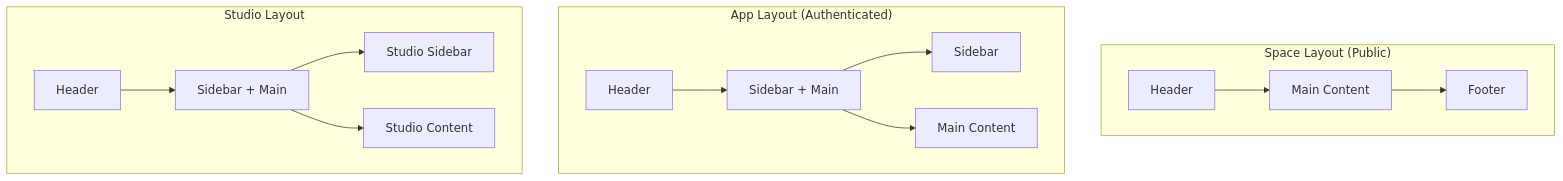
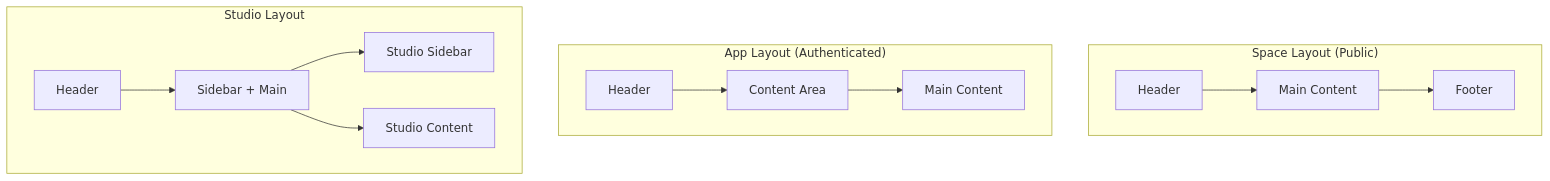
One commit to brucemckayone/codex changed the ninth of 9 diagrams in design/frontend/COMPONENTS.md. Above: the diagram before and after it, drawn with Mermaid. The commit also changed other lines of this file and 6 other files, not shown here.

````diff
--- a/design/frontend/COMPONENTS.md
+++ b/design/frontend/COMPONENTS.md
@@ -175,19 +663,18 @@
 ```mermaid
 graph TD
     subgraph "Space Layout (Public)"
         H1[Header] --> Main1[Main Content]
         Main1 --> F1[Footer]
     end
 
     subgraph "App Layout (Authenticated)"
-        H2[Header] --> Row[Sidebar + Main]
-        Row --> S[Sidebar]
+        H2[Header] --> Row[Content Area]
         Row --> M[Main Content]
     end
 
     subgraph "Studio Layout"
         H3[Header] --> Row2[Sidebar + Main]
         Row2 --> S2[Studio Sidebar]
         Row2 --> M2[Studio Content]
     end
 ```
````
